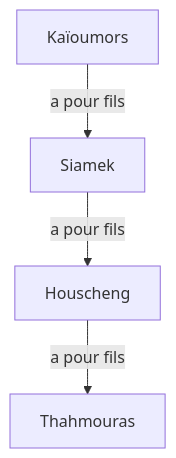
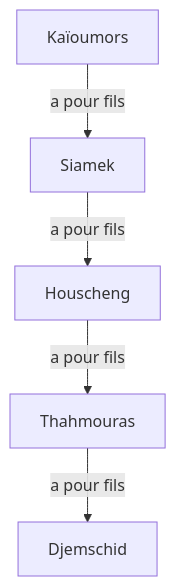
The diagram in src/graphs/kaioumors/kaioumors.mmd (hdorgeval/le-livre-des-rois), drawn with Mermaid before and after one commit. The commit also changed 3 other files, not shown here.

```diff
--- a/src/graphs/kaioumors/kaioumors.mmd
+++ b/src/graphs/kaioumors/kaioumors.mmd
@@ -1,4 +1,5 @@
 graph TD
 Kaïoumors --a pour fils--> Siamek
 Siamek --a pour fils--> Houscheng
 Houscheng --a pour fils--> Thahmouras
+Thahmouras --a pour fils--> Djemschid
```
